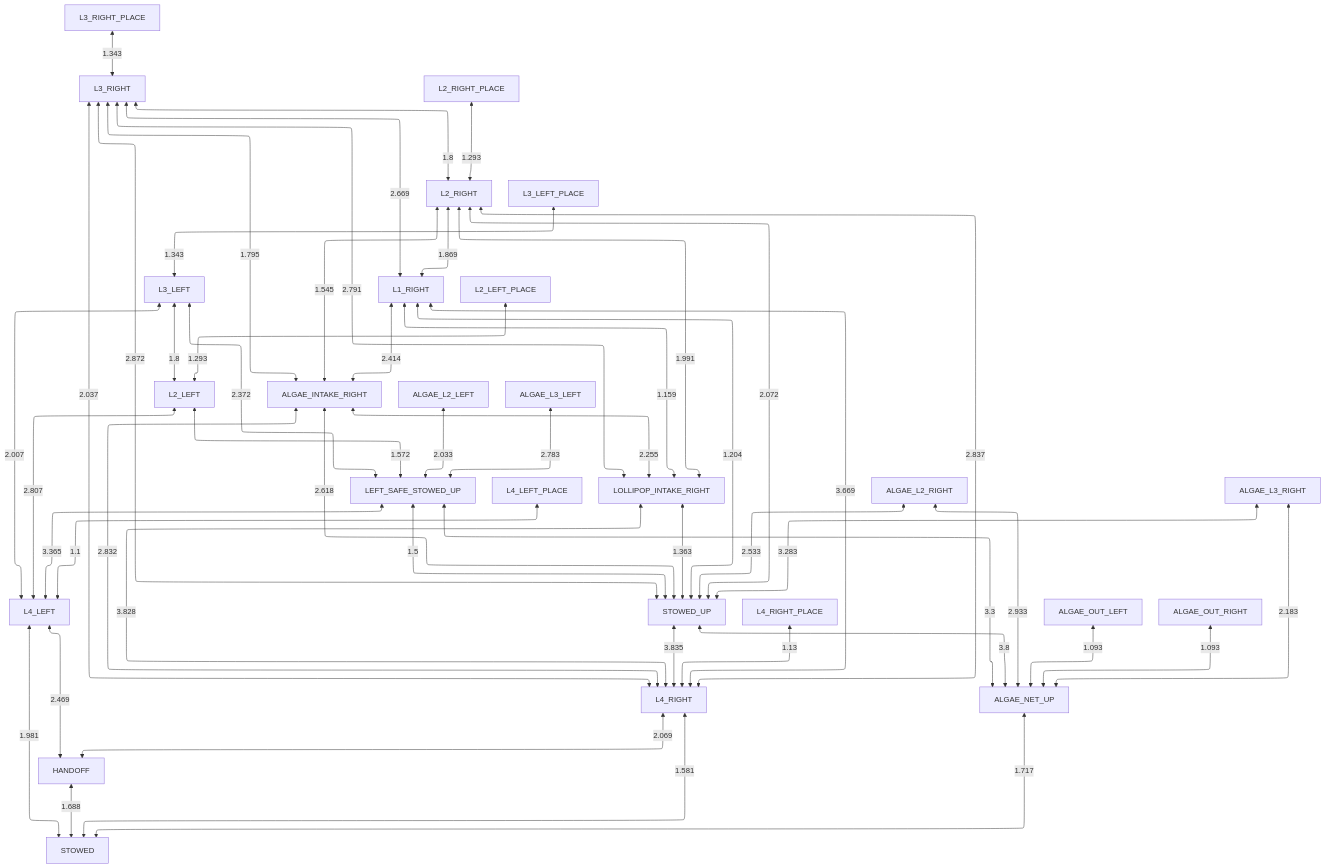
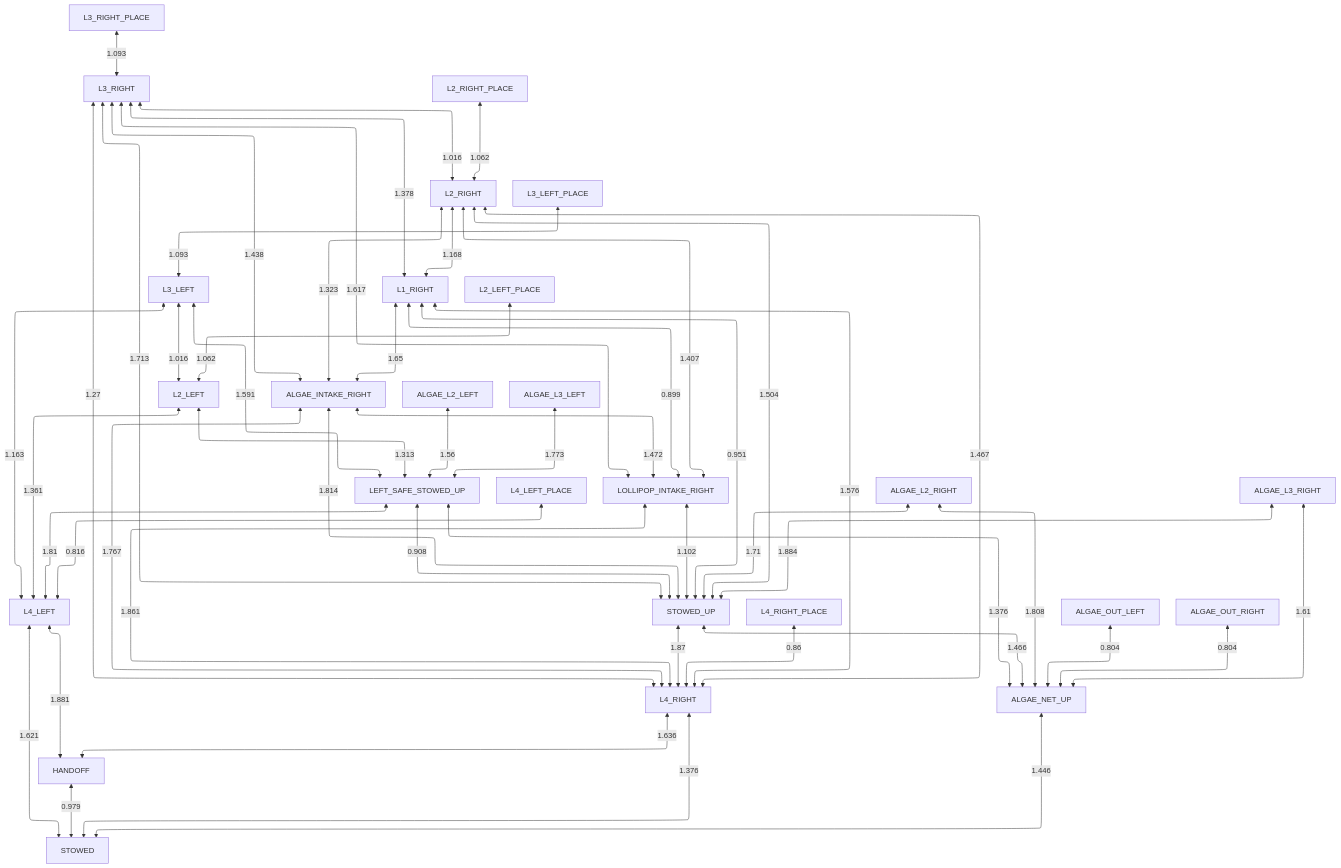
One commit to team581/offseason-2025-comp changed the diagram in docs/collision_avoidance/no_obstruction.md. Above: the diagram before and after it, drawn with Mermaid. The commit also changed 3 other files, not shown here.

````diff
--- a/docs/collision_avoidance/no_obstruction.md
+++ b/docs/collision_avoidance/no_obstruction.md
@@ -3,55 +3,55 @@
 ```mermaid
 %%{ init: { "flowchart": { "defaultRenderer": "elk" } } }%%
 graph TD
 
-HANDOFF <-- 1.688 --> STOWED
-L4_LEFT <-- 1.981 --> STOWED
-L4_RIGHT <-- 1.581 --> STOWED
-ALGAE_NET_UP <-- 1.717 --> STOWED
-L4_LEFT <-- 2.469 --> HANDOFF
-L4_RIGHT <-- 2.069 --> HANDOFF
-LEFT_SAFE_STOWED_UP <-- 3.365 --> L4_LEFT
-L2_LEFT <-- 2.807 --> L4_LEFT
-L3_LEFT <-- 2.007 --> L4_LEFT
-L4_LEFT_PLACE <-- 1.1 --> L4_LEFT
-STOWED_UP <-- 3.835 --> L4_RIGHT
-ALGAE_INTAKE_RIGHT <-- 2.832 --> L4_RIGHT
-LOLLIPOP_INTAKE_RIGHT <-- 3.828 --> L4_RIGHT
-L1_RIGHT <-- 3.669 --> L4_RIGHT
-L2_RIGHT <-- 2.837 --> L4_RIGHT
-L3_RIGHT <-- 2.037 --> L4_RIGHT
-L4_RIGHT_PLACE <-- 1.13 --> L4_RIGHT
-LEFT_SAFE_STOWED_UP <-- 3.3 --> ALGAE_NET_UP
-STOWED_UP <-- 3.8 --> ALGAE_NET_UP
-ALGAE_OUT_LEFT <-- 1.093 --> ALGAE_NET_UP
-ALGAE_OUT_RIGHT <-- 1.093 --> ALGAE_NET_UP
-ALGAE_L2_RIGHT <-- 2.933 --> ALGAE_NET_UP
-ALGAE_L3_RIGHT <-- 2.183 --> ALGAE_NET_UP
-LEFT_SAFE_STOWED_UP <-- 1.5 --> STOWED_UP
-LOLLIPOP_INTAKE_RIGHT <-- 1.363 --> STOWED_UP
-ALGAE_INTAKE_RIGHT <-- 2.618 --> STOWED_UP
-L1_RIGHT <-- 1.204 --> STOWED_UP
-L2_RIGHT <-- 2.072 --> STOWED_UP
-L3_RIGHT <-- 2.872 --> STOWED_UP
-ALGAE_L2_RIGHT <-- 2.533 --> STOWED_UP
-ALGAE_L3_RIGHT <-- 3.283 --> STOWED_UP
-L2_LEFT <-- 1.572 --> LEFT_SAFE_STOWED_UP
-L3_LEFT <-- 2.372 --> LEFT_SAFE_STOWED_UP
-ALGAE_L2_LEFT <-- 2.033 --> LEFT_SAFE_STOWED_UP
-ALGAE_L3_LEFT <-- 2.783 --> LEFT_SAFE_STOWED_UP
-ALGAE_INTAKE_RIGHT <-- 2.255 --> LOLLIPOP_INTAKE_RIGHT
-L1_RIGHT <-- 1.159 --> LOLLIPOP_INTAKE_RIGHT
-L2_RIGHT <-- 1.991 --> LOLLIPOP_INTAKE_RIGHT
-L3_RIGHT <-- 2.791 --> LOLLIPOP_INTAKE_RIGHT
-L1_RIGHT <-- 2.414 --> ALGAE_INTAKE_RIGHT
-L2_RIGHT <-- 1.545 --> ALGAE_INTAKE_RIGHT
-L3_RIGHT <-- 1.795 --> ALGAE_INTAKE_RIGHT
-L3_LEFT <-- 1.8 --> L2_LEFT
-L2_LEFT_PLACE <-- 1.293 --> L2_LEFT
-L3_LEFT_PLACE <-- 1.343 --> L3_LEFT
-L2_RIGHT <-- 1.869 --> L1_RIGHT
-L3_RIGHT <-- 2.669 --> L1_RIGHT
-L3_RIGHT <-- 1.8 --> L2_RIGHT
-L2_RIGHT_PLACE <-- 1.293 --> L2_RIGHT
-L3_RIGHT_PLACE <-- 1.343 --> L3_RIGHT
+HANDOFF <-- 0.979 --> STOWED
+L4_LEFT <-- 1.621 --> STOWED
+L4_RIGHT <-- 1.376 --> STOWED
+ALGAE_NET_UP <-- 1.446 --> STOWED
+L4_LEFT <-- 1.881 --> HANDOFF
+L4_RIGHT <-- 1.636 --> HANDOFF
+LEFT_SAFE_STOWED_UP <-- 1.81 --> L4_LEFT
+L2_LEFT <-- 1.361 --> L4_LEFT
+L3_LEFT <-- 1.163 --> L4_LEFT
+L4_LEFT_PLACE <-- 0.816 --> L4_LEFT
+STOWED_UP <-- 1.87 --> L4_RIGHT
+ALGAE_INTAKE_RIGHT <-- 1.767 --> L4_RIGHT
+LOLLIPOP_INTAKE_RIGHT <-- 1.861 --> L4_RIGHT
+L1_RIGHT <-- 1.576 --> L4_RIGHT
+L2_RIGHT <-- 1.467 --> L4_RIGHT
+L3_RIGHT <-- 1.27 --> L4_RIGHT
+L4_RIGHT_PLACE <-- 0.86 --> L4_RIGHT
+LEFT_SAFE_STOWED_UP <-- 1.376 --> ALGAE_NET_UP
+STOWED_UP <-- 1.466 --> ALGAE_NET_UP
+ALGAE_OUT_LEFT <-- 0.804 --> ALGAE_NET_UP
+ALGAE_OUT_RIGHT <-- 0.804 --> ALGAE_NET_UP
+ALGAE_L2_RIGHT <-- 1.808 --> ALGAE_NET_UP
+ALGAE_L3_RIGHT <-- 1.61 --> ALGAE_NET_UP
+LEFT_SAFE_STOWED_UP <-- 0.908 --> STOWED_UP
+LOLLIPOP_INTAKE_RIGHT <-- 1.102 --> STOWED_UP
+ALGAE_INTAKE_RIGHT <-- 1.814 --> STOWED_UP
+L1_RIGHT <-- 0.951 --> STOWED_UP
+L2_RIGHT <-- 1.504 --> STOWED_UP
+L3_RIGHT <-- 1.713 --> STOWED_UP
+ALGAE_L2_RIGHT <-- 1.71 --> STOWED_UP
+ALGAE_L3_RIGHT <-- 1.884 --> STOWED_UP
+L2_LEFT <-- 1.313 --> LEFT_SAFE_STOWED_UP
+L3_LEFT <-- 1.591 --> LEFT_SAFE_STOWED_UP
+ALGAE_L2_LEFT <-- 1.56 --> LEFT_SAFE_STOWED_UP
+ALGAE_L3_LEFT <-- 1.773 --> LEFT_SAFE_STOWED_UP
+ALGAE_INTAKE_RIGHT <-- 1.472 --> LOLLIPOP_INTAKE_RIGHT
+L1_RIGHT <-- 0.899 --> LOLLIPOP_INTAKE_RIGHT
+L2_RIGHT <-- 1.407 --> LOLLIPOP_INTAKE_RIGHT
+L3_RIGHT <-- 1.617 --> LOLLIPOP_INTAKE_RIGHT
+L1_RIGHT <-- 1.65 --> ALGAE_INTAKE_RIGHT
+L2_RIGHT <-- 1.323 --> ALGAE_INTAKE_RIGHT
+L3_RIGHT <-- 1.438 --> ALGAE_INTAKE_RIGHT
+L3_LEFT <-- 1.016 --> L2_LEFT
+L2_LEFT_PLACE <-- 1.062 --> L2_LEFT
+L3_LEFT_PLACE <-- 1.093 --> L3_LEFT
+L2_RIGHT <-- 1.168 --> L1_RIGHT
+L3_RIGHT <-- 1.378 --> L1_RIGHT
+L3_RIGHT <-- 1.016 --> L2_RIGHT
+L2_RIGHT_PLACE <-- 1.062 --> L2_RIGHT
+L3_RIGHT_PLACE <-- 1.093 --> L3_RIGHT
 ```
````
